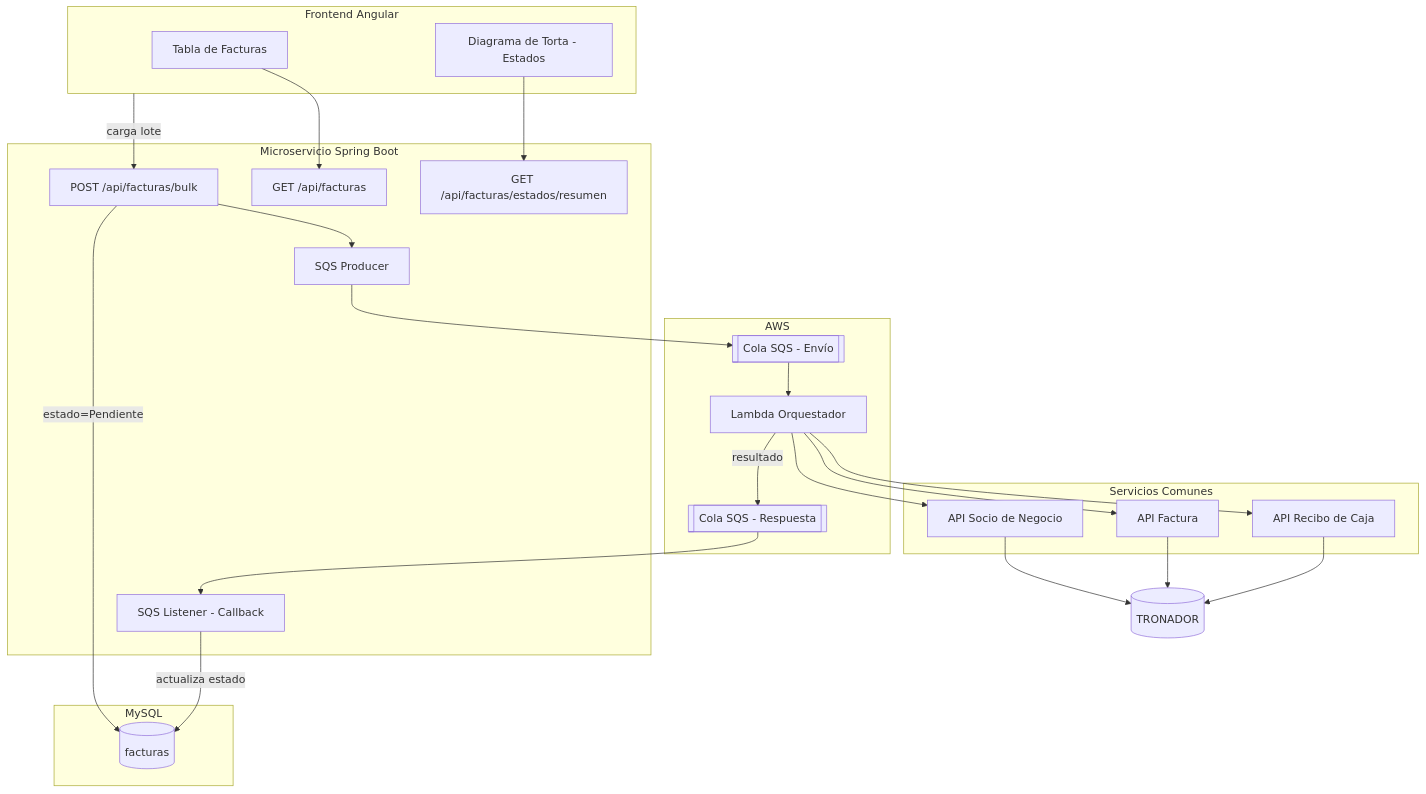
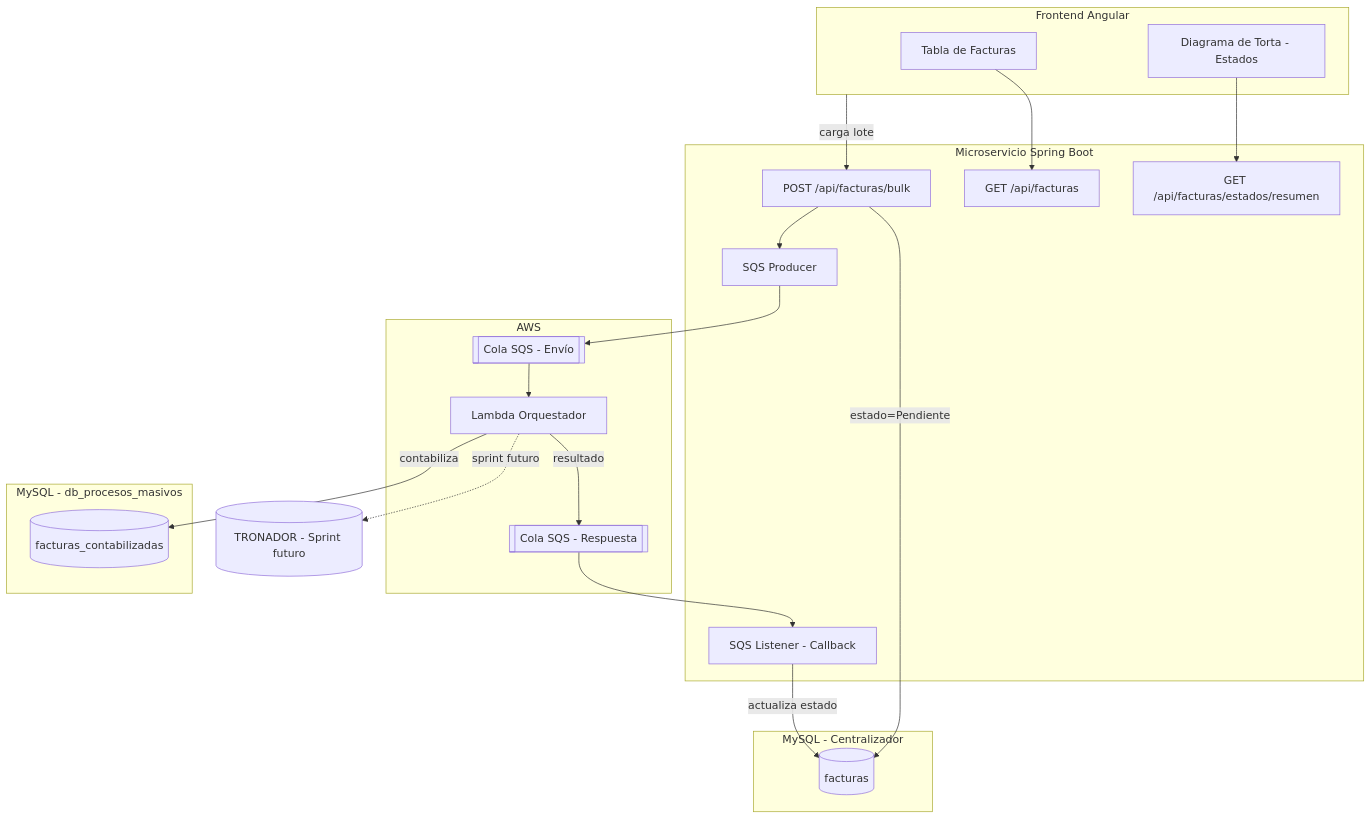
One commit to danrojas-sb/hackaton-for-dev-aws changed the first of 2 diagrams in boveda/Wiki/Contexto-del-Proyecto.md. Above: the diagram before and after it, drawn with Mermaid. The commit also changed other lines of this file and 1 other file, not shown here.

Commit message:
docs: actualizar arquitectura - contabilizar en db_procesos_masivos en lugar de TRONADOR

````diff
--- a/boveda/Wiki/Contexto-del-Proyecto.md
+++ b/boveda/Wiki/Contexto-del-Proyecto.md
@@ -17,43 +19,40 @@
 ```mermaid
 flowchart TD
     subgraph Frontend["Frontend Angular"]
         A[Tabla de Facturas]
         B[Diagrama de Torta - Estados]
     end
 
     subgraph Microservicio["Microservicio Spring Boot"]
         C[POST /api/facturas/bulk]
         D[GET /api/facturas]
         E[GET /api/facturas/estados/resumen]
         F[SQS Producer]
         G[SQS Listener - Callback]
     end
 
-    subgraph DB["MySQL"]
+    subgraph DB["MySQL - Centralizador"]
         H[(facturas)]
     end
 
     subgraph AWS["AWS"]
         I[[Cola SQS - Envío]]
         J[[Cola SQS - Respuesta]]
         K[Lambda Orquestador]
     end
 
-    subgraph Comunes["Servicios Comunes"]
-        L[API Socio de Negocio]
-        M[API Factura]
-        N[API Recibo de Caja]
+    subgraph Contabilizacion["MySQL - db_procesos_masivos"]
+        P[(facturas_contabilizadas)]
     end
 
-    O[(TRONADOR)]
+    Q[(TRONADOR - Sprint futuro)]
 
     A --> D
     B --> E
     Frontend -->|carga lote| C
     C -->|estado=Pendiente| H
     C --> F --> I --> K
-    K --> L --> O
-    K --> M --> O
-    K --> N --> O
+    K -->|contabiliza| P
+    K -.->|sprint futuro| Q
     K -->|resultado| J --> G -->|actualiza estado| H
 ```
````
